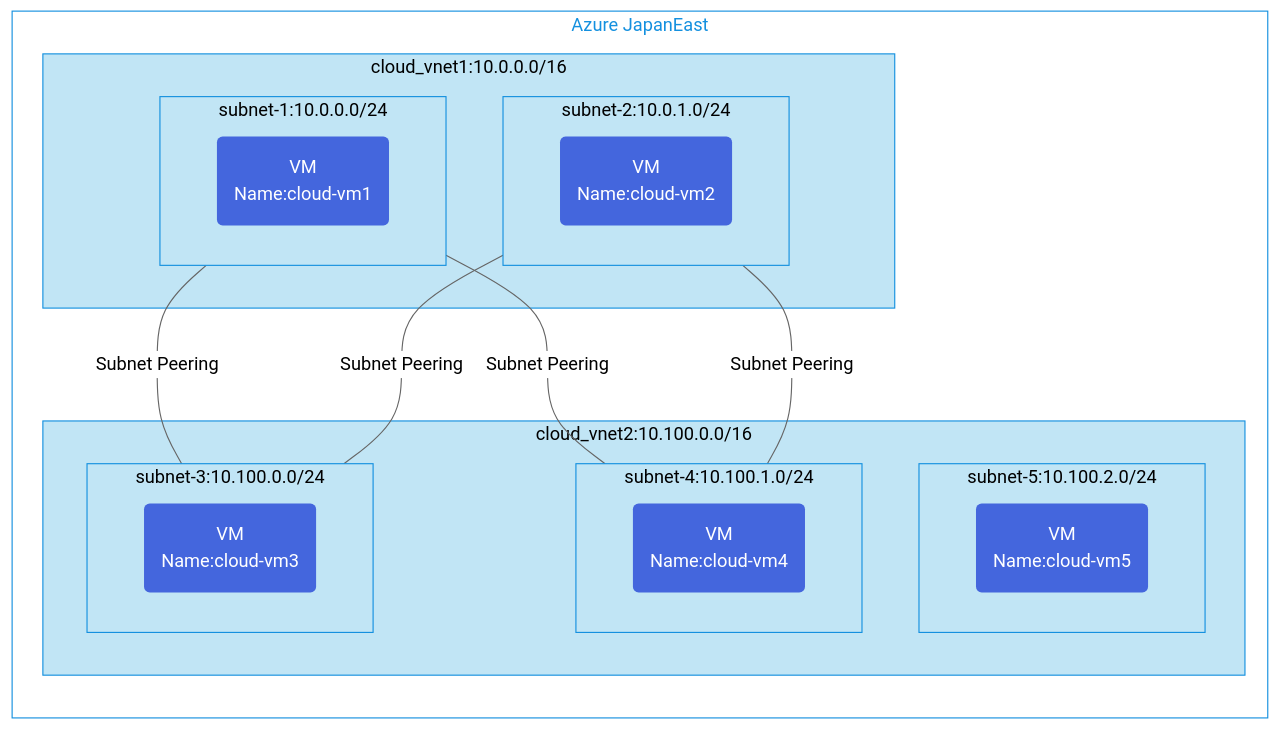
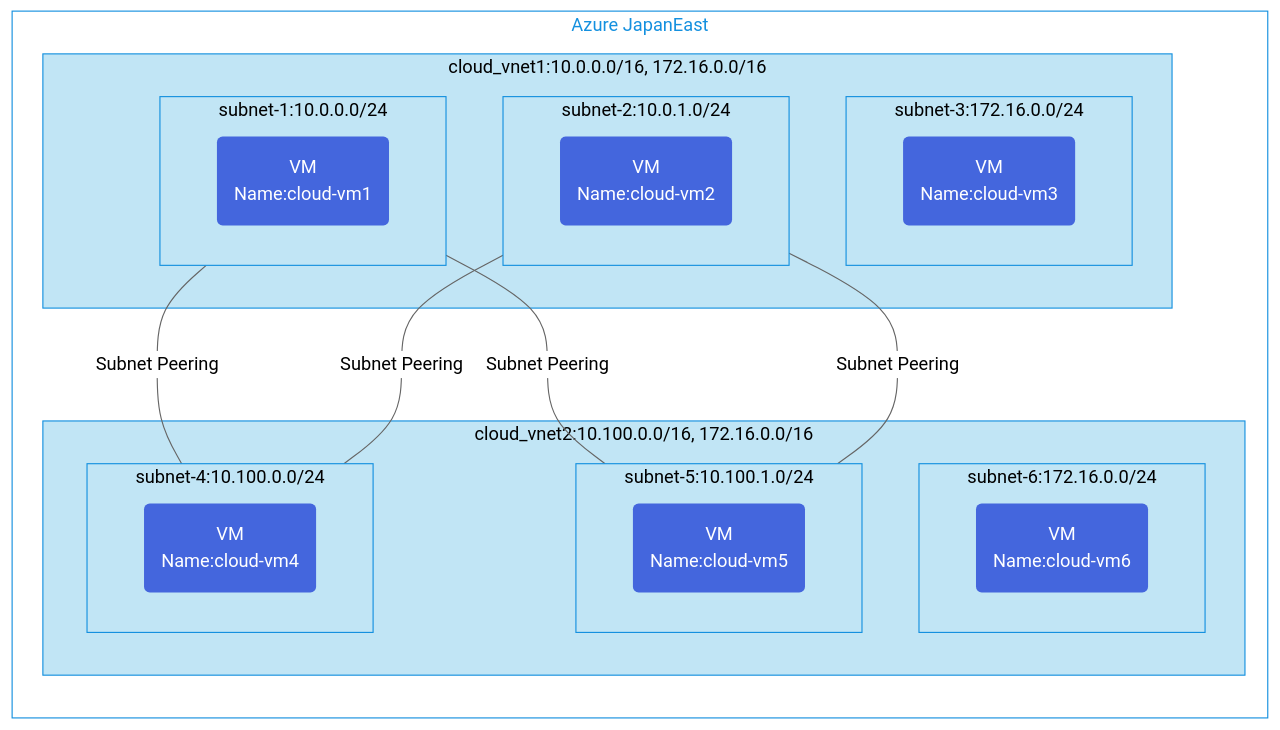
Before and after one commit to toizumi03/bicep-templates: the diagram in simple-subnetpeering/README.md, drawn with Mermaid (neutral theme).

````diff
--- a/simple-subnetpeering/README.md
+++ b/simple-subnetpeering/README.md
@@ -3,44 +3,47 @@
 ```mermaid
 graph LR;
 %% Groups and Services
 subgraph GR1[Azure JapanEast]
-  subgraph GV1[cloud_vnet1:10.0.0.0/16]
+  subgraph GV1[cloud_vnet1:10.0.0.0/16, 172.16.0.0/16]
       subgraph GVS2[subnet-2:10.0.1.0/24]
         CP2("VM<br/>Name:cloud-vm2")
       end
       subgraph GVS1[subnet-1:10.0.0.0/24]
         CP1("VM<br/>Name:cloud-vm1")
       end
+      subgraph GVS6[subnet-3:172.16.0.0/24]
+        CP6("VM<br/>Name:cloud-vm3")
+      end
 end
-  subgraph GV2[cloud_vnet2:10.100.0.0/16]
-      subgraph GVS3[subnet-5:10.100.2.0/24]
-        CP3("VM<br/>Name:cloud-vm5")
+  subgraph GV2[cloud_vnet2:10.100.0.0/16, 172.16.0.0/16]
+      subgraph GVS3[subnet-6:172.16.0.0/24]
+        CP3("VM<br/>Name:cloud-vm6")
       end
-      subgraph GVS4[subnet-4:10.100.1.0/24]
-        CP4("VM<br/>Name:cloud-vm4")
+      subgraph GVS4[subnet-5:10.100.1.0/24]
+        CP4("VM<br/>Name:cloud-vm5")
       end
-      subgraph GVS5[subnet-3:10.100.0.0/24]
-        CP5("VM<br/>Name:cloud-vm3")
+      subgraph GVS5[subnet-4:10.100.0.0/24]
+        CP5("VM<br/>Name:cloud-vm4")
       end
 end
 end
 
 %% Relation for resources
+GVS1 --Subnet Peering--- GVS4
 GVS1 --Subnet Peering--- GVS5
-GVS1 --Subnet Peering--- GVS4
+GVS2 --Subnet Peering--- GVS4
 GVS2 --Subnet Peering--- GVS5
-GVS2 --Subnet Peering--- GVS4
 
 %% Groups style
 classDef GSR fill:#fff,color:#1490df,stroke:#1490df
 class GR1,GR2 GSR
 
 classDef SGV1 fill:#c1e5f5,color:#000,stroke:#1490df
-class GV1,GV2,GV3,GVS1,GVS2,GVS3,GVS4,GVS5 SGV1
+class GV1,GV2,GV3,GVS1,GVS2,GVS3,GVS4,GVS5,GVS6 SGV1
  
 %% Service Style
 classDef SCP fill:#4466dd,color:#fff,stroke:none
-class CP1,CP2,CP3,CP4,CP5 SCP
+class CP1,CP2,CP3,CP4,CP5,CP6 SCP
 
 
 ```
````
